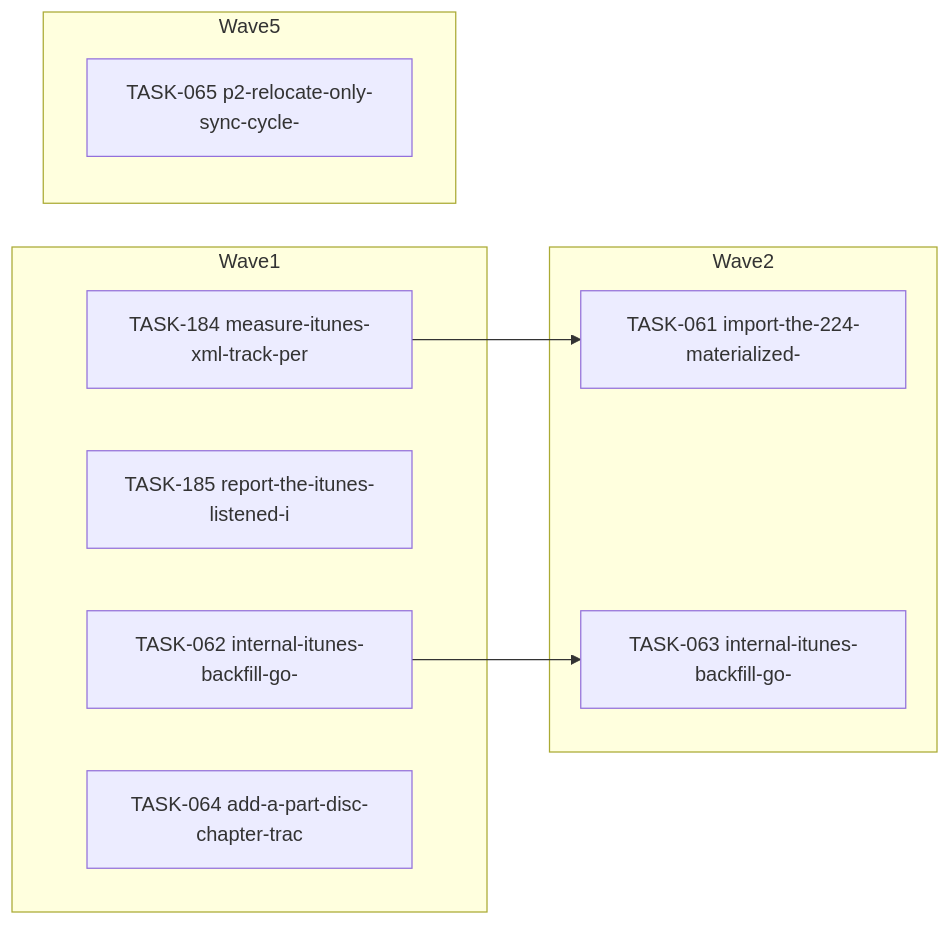
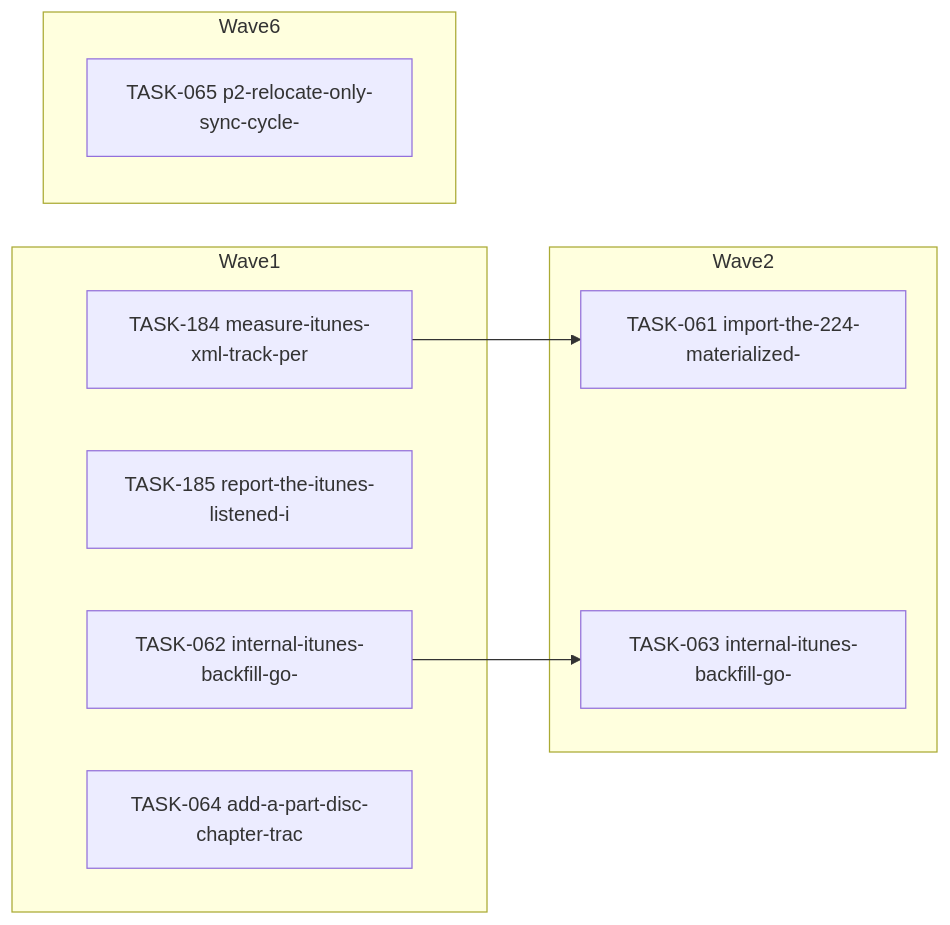
One commit to falkcorp/audiobook-organizer changed the diagram in docs/agent-tasks/todo-completion/itunes/orchestration.md. Above: the diagram before and after it, drawn with Mermaid. The commit also changed other lines of this file and 275 other files, not shown here.

````diff
--- a/docs/agent-tasks/todo-completion/itunes/orchestration.md
+++ b/docs/agent-tasks/todo-completion/itunes/orchestration.md
@@ -12,18 +12,18 @@
 ```mermaid
 flowchart LR
     subgraph Wave1
       TASK184[TASK-184 measure-itunes-xml-track-per]
       TASK185[TASK-185 report-the-itunes-listened-i]
       TASK062[TASK-062 internal-itunes-backfill-go-]
       TASK064[TASK-064 add-a-part-disc-chapter-trac]
     end
     subgraph Wave2
       TASK061[TASK-061 import-the-224-materialized-]
       TASK063[TASK-063 internal-itunes-backfill-go-]
     end
-    subgraph Wave5
+    subgraph Wave6
       TASK065[TASK-065 p2-relocate-only-sync-cycle-]
     end
     TASK062 --> TASK063
     TASK184 --> TASK061
 ```
````
